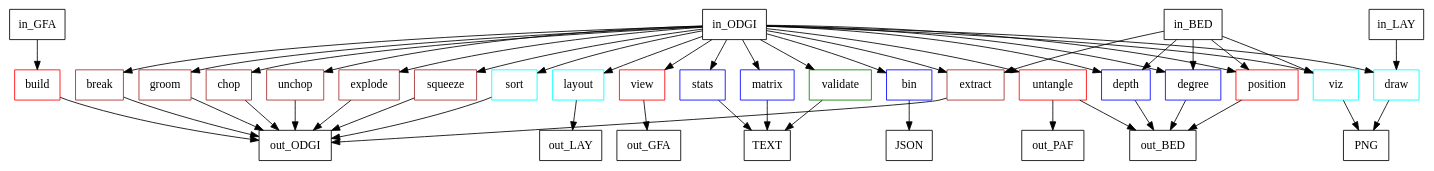
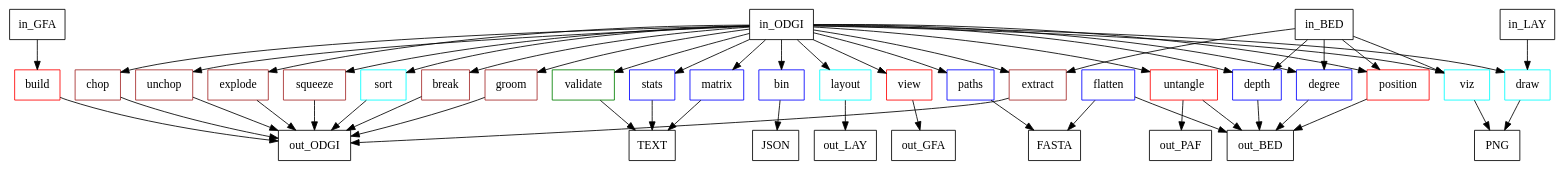
One commit to pangenome/odgi-paper changed the diagram in manuscript/fig/odgi_tools.dot. Above: the diagram before and after it, drawn with Graphviz. The commit also changed 1 other file, not shown here.

```diff
--- a/manuscript/fig/odgi_tools.dot
+++ b/manuscript/fig/odgi_tools.dot
@@ -1,62 +1,67 @@
 digraph sample {
 	node [
 		shape=box
 		color=black
 	]
 
 	build [color = red]
 	view [color = red]
 
 	validate [color = green]
 
 	stats [color = blue]
 	bin [color = blue]
 	depth [color = blue]
 	degree [color = blue]
   	matrix [color = blue]
+    paths [color = blue]
+    flatten [color = blue]
 
-	break [color = brown]
+    break [color = brown]
 	groom [color = brown]
 	chop [color = brown]
 	unchop [color = brown]
 	explode [color = brown]
 	squeeze [color = brown]
 	extract [color = brown]
 
 	position [color = red]
     untangle [color = red]
 
 	viz [color = cyan]
 	sort [color = cyan]
 	layout [color = cyan]
 	draw [color = cyan]
 
 	in_GFA -> build
-	in_ODGI -> {view, validate, stats, bin, depth, degree, break, groom, chop, unchop, explode, squeeze, extract, position, viz, sort, layout, draw, untangle, matrix}
+	in_ODGI -> {view, validate, stats, bin, depth, degree, break, groom, chop, unchop, explode, squeeze, extract, position, viz, sort, layout, draw, untangle, matrix, paths}
 	in_BED -> {depth, degree, extract, position, viz}
     in_LAY -> {draw}
 
 	build -> out_ODGI
 	view ->  out_GFA
 	validate -> TEXT
 	stats -> TEXT
     matrix -> TEXT
+    paths -> FASTA
 	bin -> JSON
 	depth -> out_BED
 	degree -> out_BED
+    flatten -> out_BED
+    flatten -> FASTA
 	break -> out_ODGI
 	groom -> out_ODGI
 	chop -> out_ODGI
 	unchop -> out_ODGI
 	explode -> out_ODGI
 	squeeze -> out_ODGI
 	extract -> out_ODGI
 	position -> out_BED
 	viz -> PNG
 	sort -> out_ODGI
 	layout -> out_LAY
 	draw -> PNG
     untangle -> out_BED
     untangle -> out_PAF
 
 }
```
